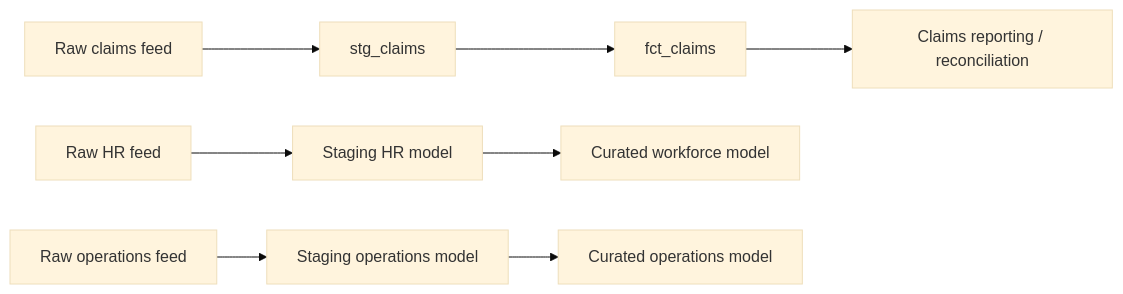
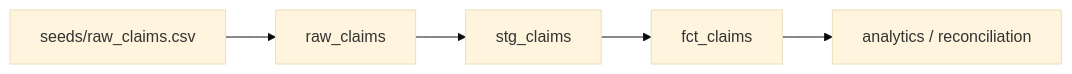
The diagram in docs/LINEAGE.md (Nithinkonjeti-1930/Healthcare-Data-Quality-Lineage-Control-Framework), drawn with Mermaid (base theme) before and after one commit. The commit also changed other lines of this file and 14 other files, not shown here.

````diff
--- a/docs/LINEAGE.md
+++ b/docs/LINEAGE.md
@@ -3,10 +3,7 @@
 ```mermaid
 flowchart LR
-  A[Raw claims feed] --> B[stg_claims]
-  B --> C[fct_claims]
-  C --> D[Claims reporting / reconciliation]
-  E[Raw HR feed] --> F[Staging HR model]
-  F --> G[Curated workforce model]
-  H[Raw operations feed] --> I[Staging operations model]
-  I --> J[Curated operations model]
+  A[seeds/raw_claims.csv] --> B[raw_claims]
+  B --> C[stg_claims]
+  C --> D[fct_claims]
+  D --> E[analytics / reconciliation]
 ```
````
